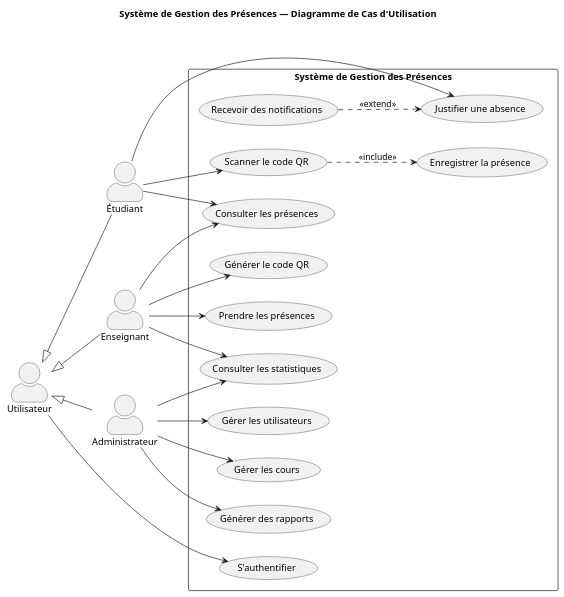
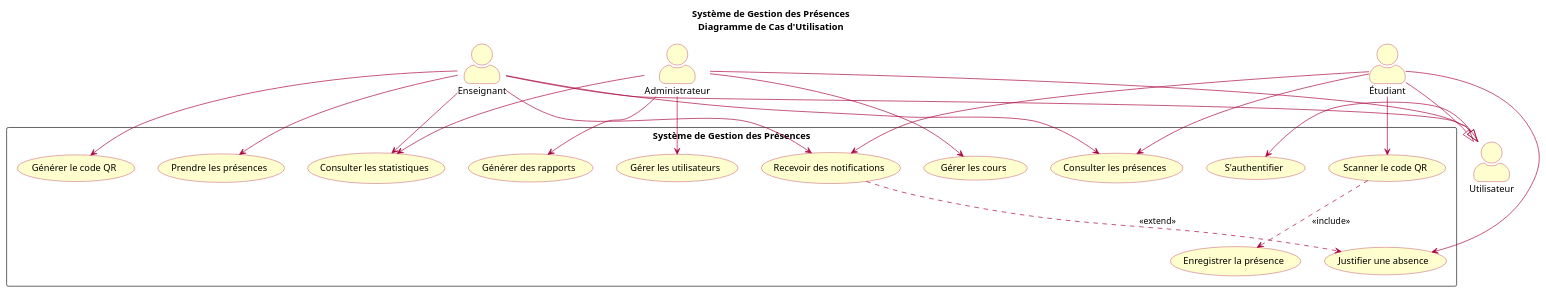
Before and after one commit to Ndeye-Marieme-Fall/todolist: the diagram in diagramme_cas_utilisation.puml, drawn with PlantUML.

Commit message:
Rewrite use case diagram: clean layout, complete actor associations, correct UML notation
Agent-Logs-Url: https://github.com/Ndeye-Marieme-Fall/todolist/sessions/511a2f07-fc94-460b-8182-6cea82244b27

```diff
--- a/diagramme_cas_utilisation.puml
+++ b/diagramme_cas_utilisation.puml
@@ -1,74 +1,96 @@
 @startuml Diagramme_Cas_Utilisation_Presences
 
-title Système de Gestion des Présences — Diagramme de Cas d'Utilisation
+title Système de Gestion des Présences\nDiagramme de Cas d'Utilisation
 
-left to right direction
+top to bottom direction
 skinparam packageStyle rectangle
 skinparam actorStyle awesome
+skinparam usecase {
+    BackgroundColor #FEFECE
+    BorderColor #A80036
+    ArrowColor #A80036
+}
+skinparam actor {
+    BackgroundColor #FEFECE
+    BorderColor #A80036
+}
 
-' ─── Acteurs ───────────────────────────────────────────────
+' ===========================================
+' ACTEURS (hors système)
+' ===========================================
+
+' Acteur parent abstrait
 actor "Utilisateur" as Utilisateur
 
-actor "Étudiant"      as Etudiant
-actor "Enseignant"    as Enseignant
+' Acteurs concrets — héritent de Utilisateur
+actor "Étudiant"       as Etudiant
+actor "Enseignant"     as Enseignant
 actor "Administrateur" as Admin
 
-' Généralisation : les trois acteurs héritent de Utilisateur
-Etudiant    -up-|> Utilisateur
-Enseignant  -up-|> Utilisateur
-Admin       -up-|> Utilisateur
+Etudiant   --|> Utilisateur
+Enseignant --|> Utilisateur
+Admin      --|> Utilisateur
 
-' ─── Système ────────────────────────────────────────────────
+' ===========================================
+' SYSTÈME
+' ===========================================
 rectangle "Système de Gestion des Présences" {
 
-    ' Cas partagé par tous
+    ' --- Cas commun à tous les utilisateurs ---
     usecase "S'authentifier" as UC_Auth
 
-    ' Cas de l'Étudiant
-    usecase "Scanner le code QR"       as UC_Scan
-    usecase "Enregistrer la présence"  as UC_Enreg
-    usecase "Consulter les présences"  as UC_Consult
-    usecase "Justifier une absence"    as UC_Justif
+    ' --- Cas de l'Étudiant ---
+    usecase "Scanner le code QR"        as UC_Scan
+    usecase "Enregistrer la présence"   as UC_Enreg
+    usecase "Consulter les présences"   as UC_Consult
+    usecase "Justifier une absence"     as UC_Justif
     usecase "Recevoir des notifications" as UC_Notif
 
-    ' Cas de l'Enseignant
-    usecase "Générer le code QR"       as UC_GenQR
-    usecase "Prendre les présences"    as UC_Prise
+    ' --- Cas de l'Enseignant ---
+    usecase "Générer le code QR"         as UC_GenQR
+    usecase "Prendre les présences"      as UC_Prise
     usecase "Consulter les statistiques" as UC_Stats
 
-    ' Cas de l'Administrateur
-    usecase "Gérer les utilisateurs"   as UC_Users
-    usecase "Gérer les cours"          as UC_Cours
-    usecase "Générer des rapports"     as UC_Rapports
+    ' --- Cas de l'Administrateur ---
+    usecase "Gérer les utilisateurs" as UC_Users
+    usecase "Gérer les cours"        as UC_Cours
+    usecase "Générer des rapports"   as UC_Rapports
 
-    ' ── Relations internes ────────────────────────────────
-    ' include : Scanner le QR déclenche obligatoirement l'enregistrement
-    UC_Scan    ..> UC_Enreg   : <<include>>
+    ' --- Relations entre cas d'utilisation ---
 
-    ' extend : la notification est optionnelle, déclenchée en cas d'absence justifiée
-    UC_Notif   ..> UC_Justif  : <<extend>>
+    ' <<include>> : Scanner le code QR inclut toujours Enregistrer la présence
+    ' (la flèche part du cas de base vers le cas inclus)
+    UC_Scan ..> UC_Enreg : <<include>>
+
+    ' <<extend>> : Recevoir des notifications est optionnel,
+    ' déclenché lors d'une justification d'absence
+    UC_Notif ..> UC_Justif : <<extend>>
 }
 
-' ─── Associations acteurs ↔ cas d'utilisation ───────────────
+' ===========================================
+' ASSOCIATIONS acteurs <-> cas d'utilisation
+' ===========================================
 
-' Tous les acteurs s'authentifient
-Utilisateur  --> UC_Auth
+' Tous les utilisateurs s'authentifient (via l'acteur parent)
+Utilisateur --> UC_Auth
 
 ' Étudiant
-Etudiant     --> UC_Scan
-Etudiant     --> UC_Consult
-Etudiant     --> UC_Justif
+Etudiant --> UC_Scan
+Etudiant --> UC_Consult
+Etudiant --> UC_Justif
+Etudiant --> UC_Notif
 
 ' Enseignant
-Enseignant   --> UC_GenQR
-Enseignant   --> UC_Prise
-Enseignant   --> UC_Consult
-Enseignant   --> UC_Stats
+Enseignant --> UC_GenQR
+Enseignant --> UC_Prise
+Enseignant --> UC_Consult
+Enseignant --> UC_Stats
+Enseignant --> UC_Notif
 
 ' Administrateur
-Admin        --> UC_Users
-Admin        --> UC_Cours
-Admin        --> UC_Rapports
-Admin        --> UC_Stats
+Admin --> UC_Users
+Admin --> UC_Cours
+Admin --> UC_Rapports
+Admin --> UC_Stats
 
 @enduml
```
